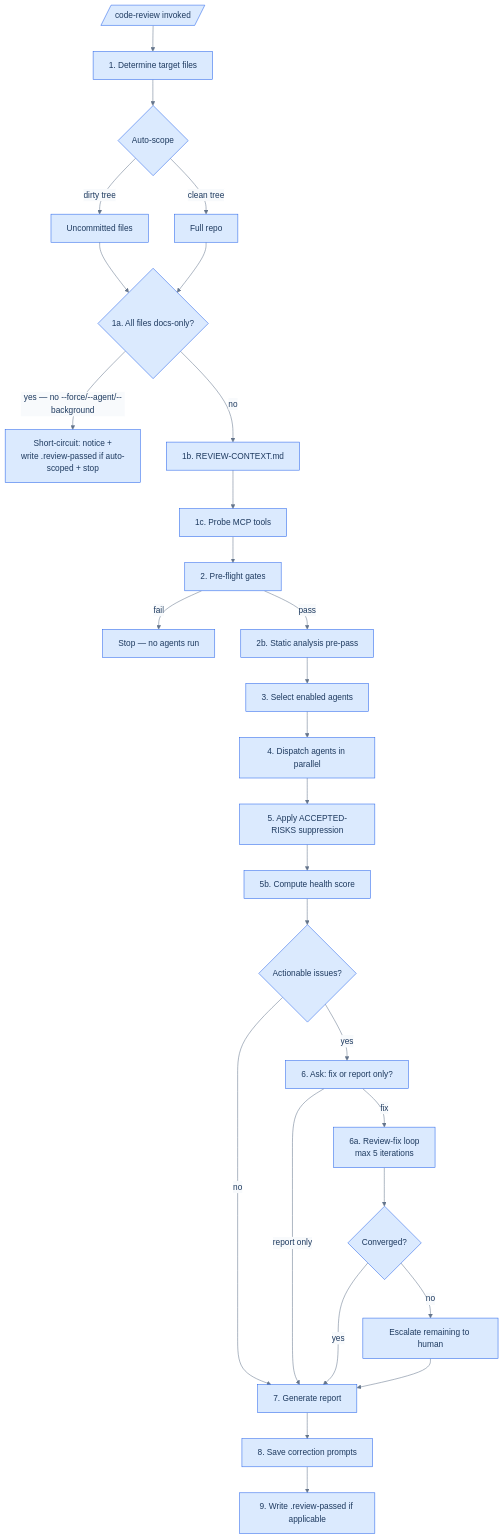
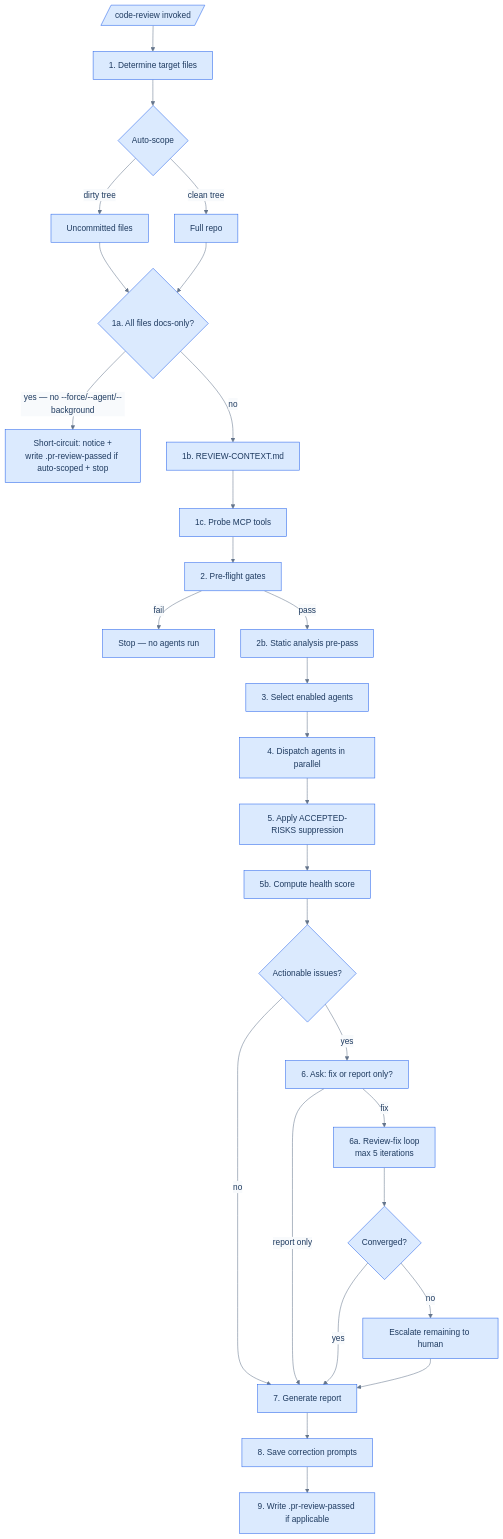
Before and after one commit to bdfinst/agentic-dev-team: the diagram in plugins/dev-team/docs/code-review-process.md, drawn with Mermaid. The commit also changed other lines of this file and 109 other files, not shown here.

````diff
--- a/plugins/dev-team/docs/code-review-process.md
+++ b/plugins/dev-team/docs/code-review-process.md
@@ -32,31 +32,31 @@
 ```mermaid
 %%{init: {'theme': 'base', 'themeVariables': {'primaryColor': '#dbeafe', 'primaryTextColor': '#1e3a5f', 'primaryBorderColor': '#3b82f6', 'lineColor': '#64748b', 'secondaryColor': '#f1f5f9', 'tertiaryColor': '#e0f2fe', 'background': '#ffffff', 'mainBkg': '#dbeafe', 'nodeBorder': '#2563eb', 'clusterBkg': '#eff6ff', 'clusterBorder': '#bfdbfe', 'titleColor': '#1e3a5f', 'edgeLabelBackground': '#f8fafc'}}}%%
 flowchart TD
     A[/code-review invoked/] --> B[1. Determine target files]
     B --> C{Auto-scope}
     C -->|dirty tree| D1[Uncommitted files]
     C -->|clean tree| D2[Full repo]
     D1 --> DC{1a. All files docs-only?}
     D2 --> DC
-    DC -->|yes — no --force/--agent/--background| SC[Short-circuit: notice +<br/>write .review-passed if auto-scoped + stop]
+    DC -->|yes — no --force/--agent/--background| SC[Short-circuit: notice +<br/>write .pr-review-passed if auto-scoped + stop]
     DC -->|no| E[1b. REVIEW-CONTEXT.md]
     E --> F[1c. Probe MCP tools]
     F --> G[2. Pre-flight gates]
     G -->|fail| X1[Stop — no agents run]
     G -->|pass| H[2b. Static analysis pre-pass]
     H --> I[3. Select enabled agents]
     I --> J[4. Dispatch agents in parallel]
     J --> K[5. Apply ACCEPTED-RISKS suppression]
     K --> L[5b. Compute health score]
     L --> M{Actionable issues?}
     M -->|no| R[7. Generate report]
     M -->|yes| N[6. Ask: fix or report only?]
     N -->|report only| R
     N -->|fix| O[6a. Review-fix loop<br/>max 5 iterations]
     O --> P{Converged?}
     P -->|yes| R
     P -->|no| Q[Escalate remaining to human]
     Q --> R
     R --> S[8. Save correction prompts]
-    S --> T[9. Write .review-passed if applicable]
+    S --> T[9. Write .pr-review-passed if applicable]
 ```
````
